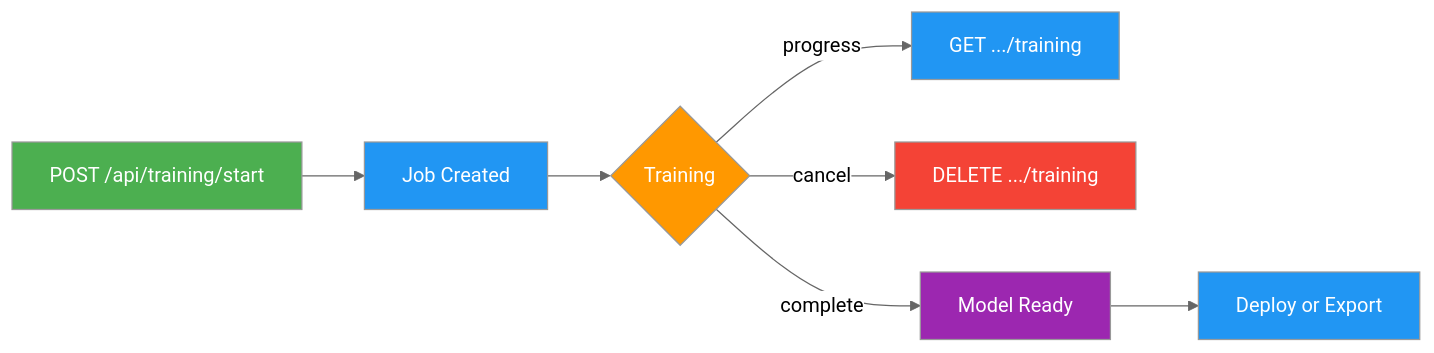
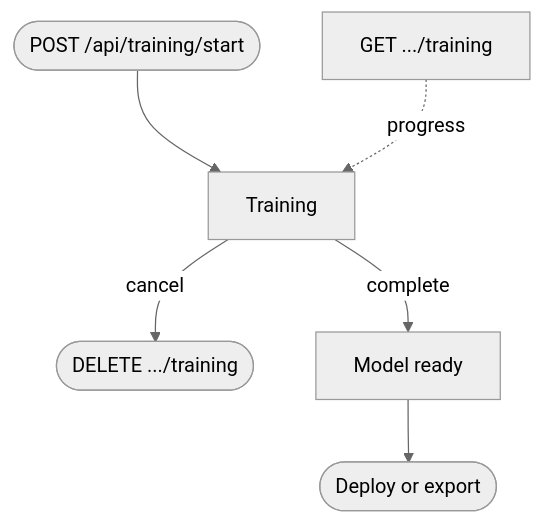
The third of 4 diagrams in docs/en/platform/api/index.md (ultralytics/ultralytics), drawn with Mermaid (neutral theme) before and after one commit. The commit also changed other lines of this file and 20 other files, not shown here.

First line of the commit message:
Migrate docs Mermaid diagrams to the unified design system

````diff
--- a/docs/en/platform/api/index.md
+++ b/docs/en/platform/api/index.md
@@ -1638,15 +1632,8 @@
 ```mermaid
-graph LR
-    A[POST /api/training/start]:::start --> B[Job Created]:::proc
-    B --> C{Training}:::decide
-    C -->|progress| D[GET .../training]:::proc
-    C -->|cancel| E[DELETE .../training]:::error
-    C -->|complete| F[Model Ready]:::out
-    F --> G[Deploy or Export]:::proc
-
-    classDef start fill:#4CAF50,color:#fff
-    classDef proc fill:#2196F3,color:#fff
-    classDef decide fill:#FF9800,color:#fff
-    classDef out fill:#9C27B0,color:#fff
-    classDef error fill:#F44336,color:#fff
+flowchart TD
+    A(["POST /api/training/start"]) --> B[Training]
+    P["GET .../training"] -.->|progress| B
+    B -->|cancel| D(["DELETE .../training"])
+    B -->|complete| C[Model ready]
+    C --> G([Deploy or export])
 ```
````
